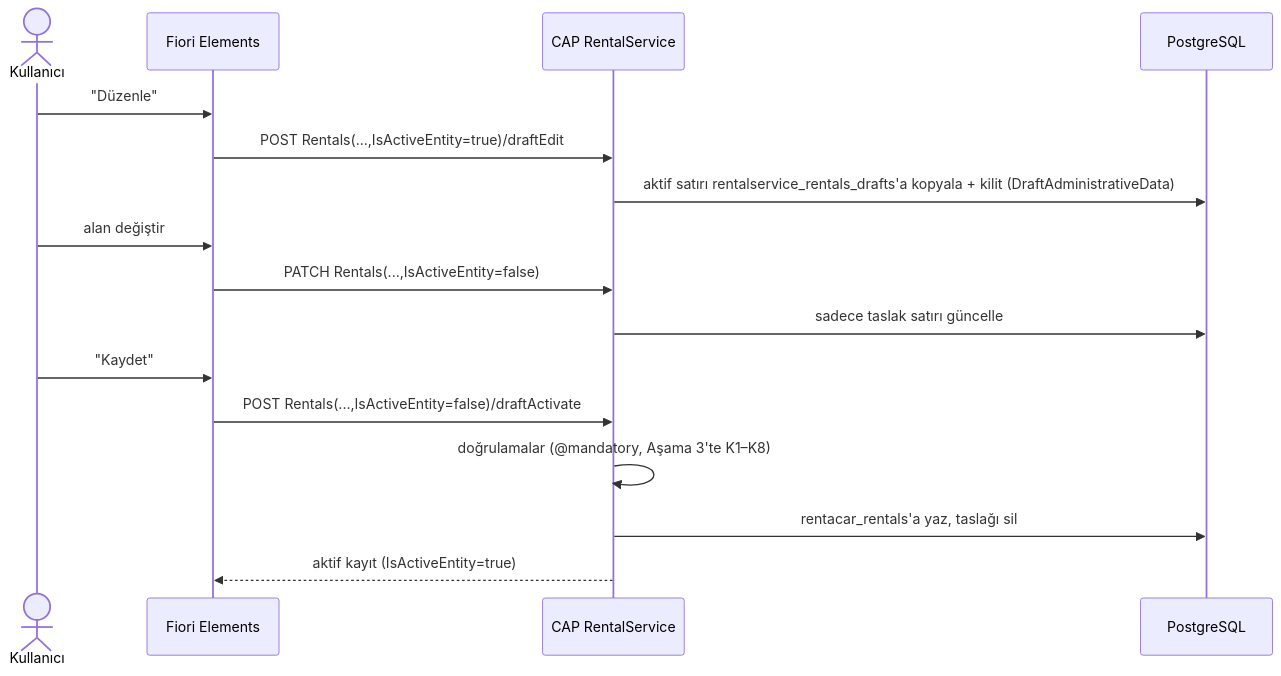
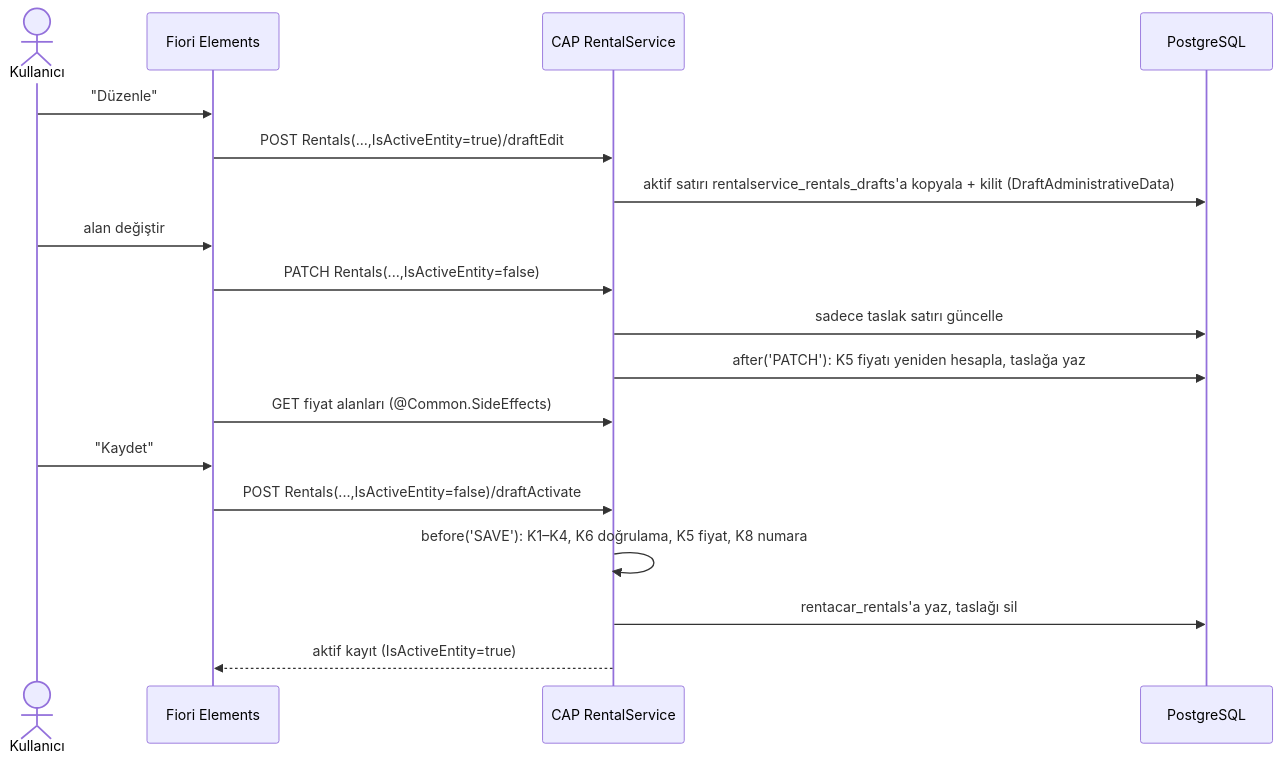
Before and after one commit to ertugrulcelikgpt/AracKiralama: the third of 3 diagrams in docs/mimari.md, drawn with Mermaid. The commit also changed other lines of this file and 13 other files, not shown here.

````diff
--- a/docs/mimari.md
+++ b/docs/mimari.md
@@ -110,18 +110,20 @@
 ```mermaid
 sequenceDiagram
   actor U as Kullanıcı
   participant F as Fiori Elements
   participant S as CAP RentalService
   participant D as PostgreSQL
   U->>F: "Düzenle"
   F->>S: POST Rentals(...,IsActiveEntity=true)/draftEdit
   S->>D: aktif satırı rentalservice_rentals_drafts'a kopyala + kilit (DraftAdministrativeData)
   U->>F: alan değiştir
   F->>S: PATCH Rentals(...,IsActiveEntity=false)
   S->>D: sadece taslak satırı güncelle
+  S->>D: after('PATCH'): K5 fiyatı yeniden hesapla, taslağa yaz
+  F->>S: GET fiyat alanları (@Common.SideEffects)
   U->>F: "Kaydet"
   F->>S: POST Rentals(...,IsActiveEntity=false)/draftActivate
-  S->>S: doğrulamalar (@mandatory, Aşama 3'te K1–K8)
+  S->>S: before('SAVE'): K1–K4, K6 doğrulama, K5 fiyat, K8 numara
   S->>D: rentacar_rentals'a yaz, taslağı sil
   S-->>F: aktif kayıt (IsActiveEntity=true)
 ```
````
